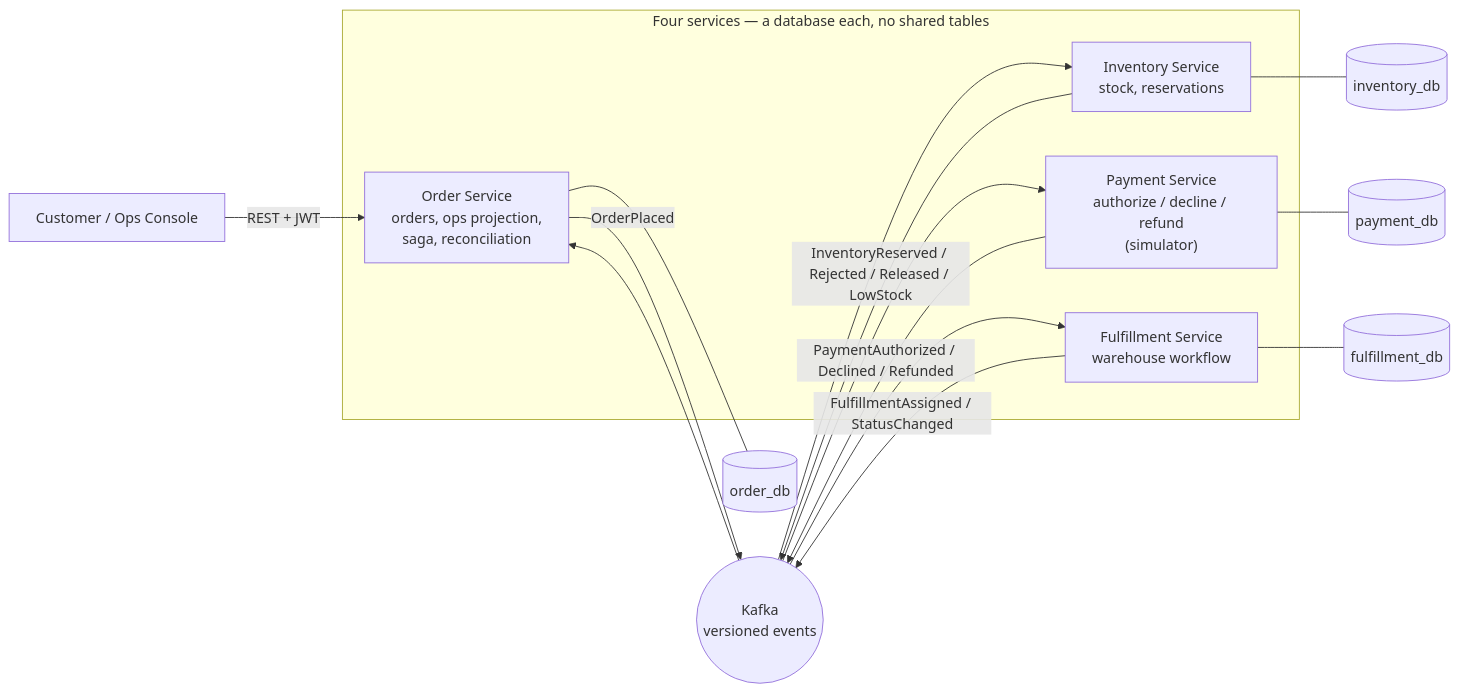
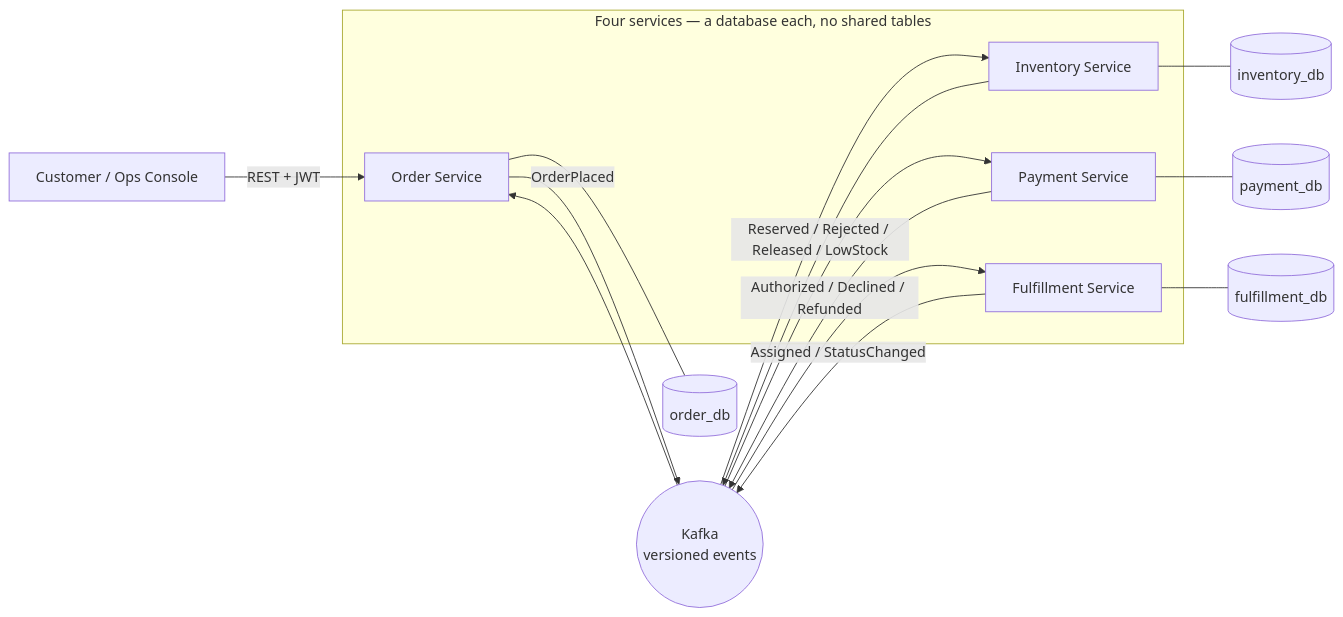
The first of 2 diagrams in README.md (AhmedKamal-41/FullOps), drawn with Mermaid before and after one commit. The commit also changed other lines of this file and 175 other files, not shown here.

````diff
--- a/README.md
+++ b/README.md
@@ -33,22 +161,22 @@
 ```mermaid
 flowchart LR
   Customer["Customer / Ops Console"] -->|REST + JWT| Order
   subgraph Services["Four services — a database each, no shared tables"]
-    Order["Order Service\norders, ops projection,\nsaga, reconciliation"]
-    Inventory["Inventory Service\nstock, reservations"]
-    Payment["Payment Service\nauthorize / decline / refund\n(simulator)"]
-    Fulfillment["Fulfillment Service\nwarehouse workflow"]
+    Order["Order Service"]
+    Inventory["Inventory Service"]
+    Payment["Payment Service"]
+    Fulfillment["Fulfillment Service"]
   end
-  Order -->|OrderPlaced| Kafka(("Kafka\nversioned events"))
-  Inventory -->|InventoryReserved / Rejected / Released / LowStock| Kafka
-  Payment -->|PaymentAuthorized / Declined / Refunded| Kafka
-  Fulfillment -->|FulfillmentAssigned / StatusChanged| Kafka
+  Order -->|OrderPlaced| Kafka(("Kafka<br/>versioned events"))
+  Inventory -->|Reserved / Rejected / Released / LowStock| Kafka
+  Payment -->|Authorized / Declined / Refunded| Kafka
+  Fulfillment -->|Assigned / StatusChanged| Kafka
   Kafka --> Order
   Kafka --> Inventory
   Kafka --> Payment
   Kafka --> Fulfillment
   Order --- OrderDB[("order_db")]
   Inventory --- InvDB[("inventory_db")]
   Payment --- PayDB[("payment_db")]
   Fulfillment --- FulDB[("fulfillment_db")]
 ```
````
